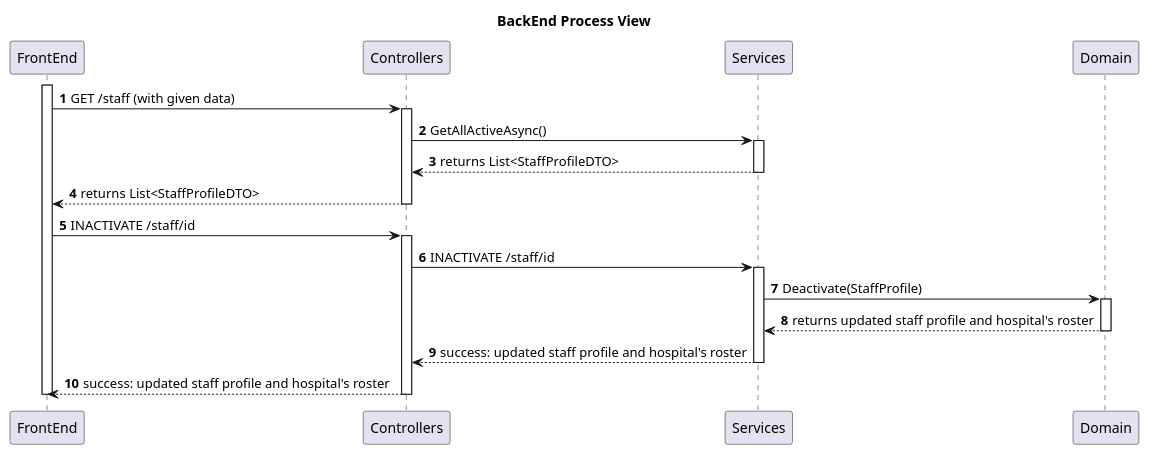
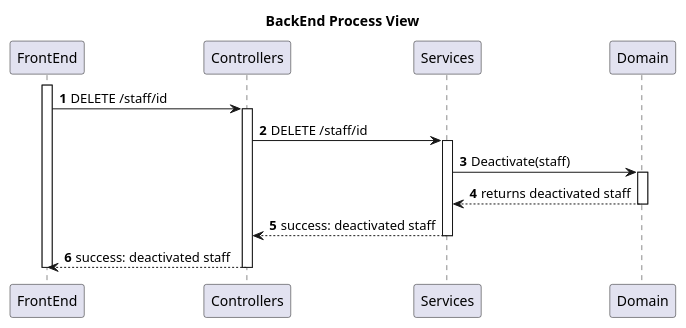
Before and after one commit to MiguelCardoso77/SurgicalSync-BackEnd: the diagram in Wiki/SprintA/diagrams/use-cases/20-deactivate-staff-profile/level3/backend-process-view.puml, drawn with PlantUML. The commit also changed 8 other files, not shown here.

```diff
--- a/Wiki/SprintA/diagrams/use-cases/20-deactivate-staff-profile/level3/backend-process-view.puml
+++ b/Wiki/SprintA/diagrams/use-cases/20-deactivate-staff-profile/level3/backend-process-view.puml
@@ -1,47 +1,36 @@
 @startuml
 autonumber
 
 title BackEnd Process View
 
 participant "FrontEnd" as FE
 participant "Controllers" as CN
 participant "Services" as SV
 participant "Domain" as DM
 
 
 activate FE
-    FE -> CN: GET /staff (with given data)
-    activate CN
-    
-        CN -> SV : GetAllActiveAsync()
+        
+        FE -> CN : DELETE /staff/id
+        activate CN
+        
+        CN -> SV: DELETE /staff/id
         activate SV
         
-        SV --> CN : returns List<StaffProfileDTO>
-        deactivate SV
-        
-        CN --> FE : returns List<StaffProfileDTO>
-        deactivate CN
-        
-        FE -> CN : INACTIVATE /staff/id
-        activate CN
-        
-        CN -> SV: INACTIVATE /staff/id
-        activate SV
-        
-        SV -> DM: Deactivate(StaffProfile) 
+        SV -> DM: Deactivate(staff) 
         activate DM
                         
-                DM --> SV : returns updated staff profile and hospital's roster
+                DM --> SV : returns deactivated staff 
             deactivate DM
             
-        SV --> CN : success: updated staff profile and hospital's roster
+        SV --> CN : success: deactivated staff 
         deactivate SV
            
        
-       CN --> FE : success: updated staff profile and hospital's roster 
+       CN --> FE : success: deactivated staff 
        deactivate CN   
                
 deactivate FE
 
 
 @enduml
```
